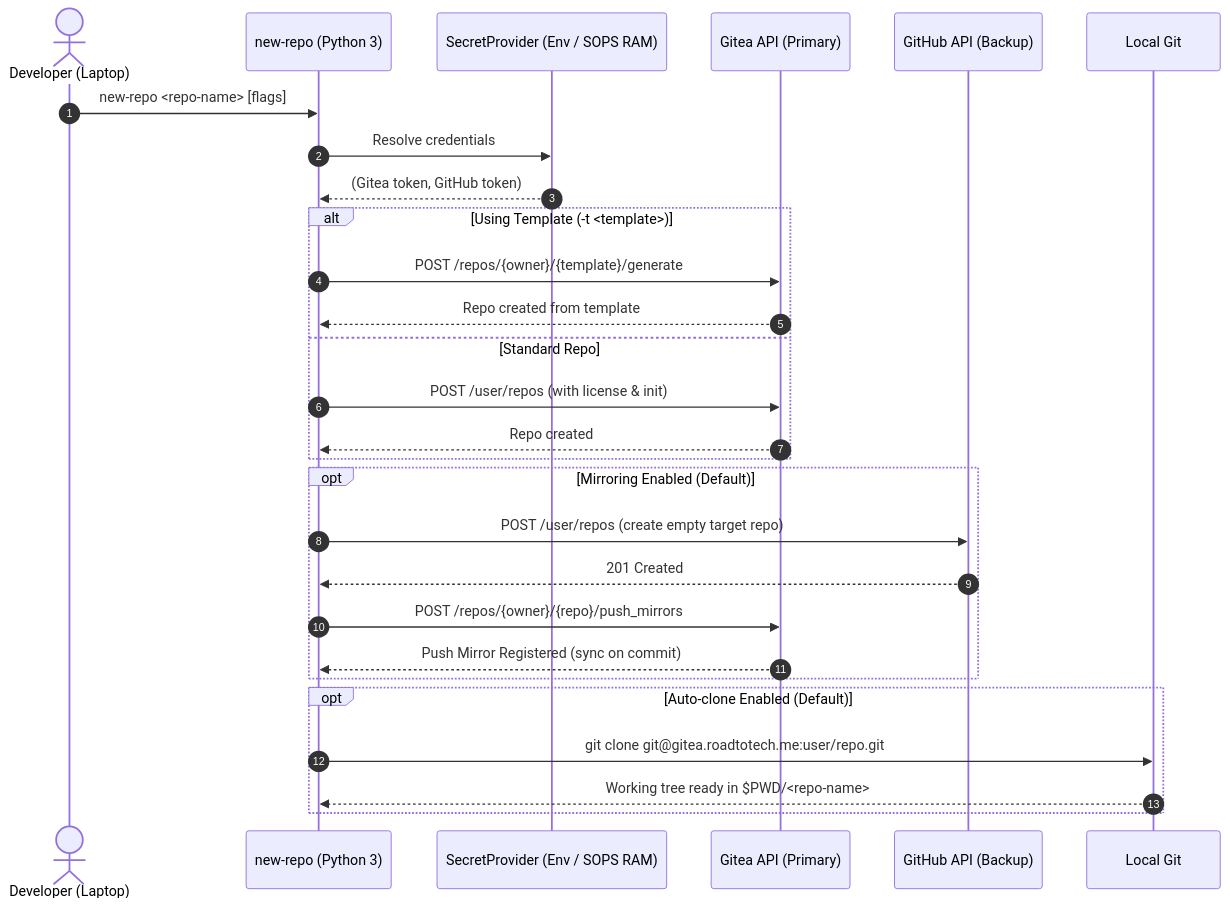
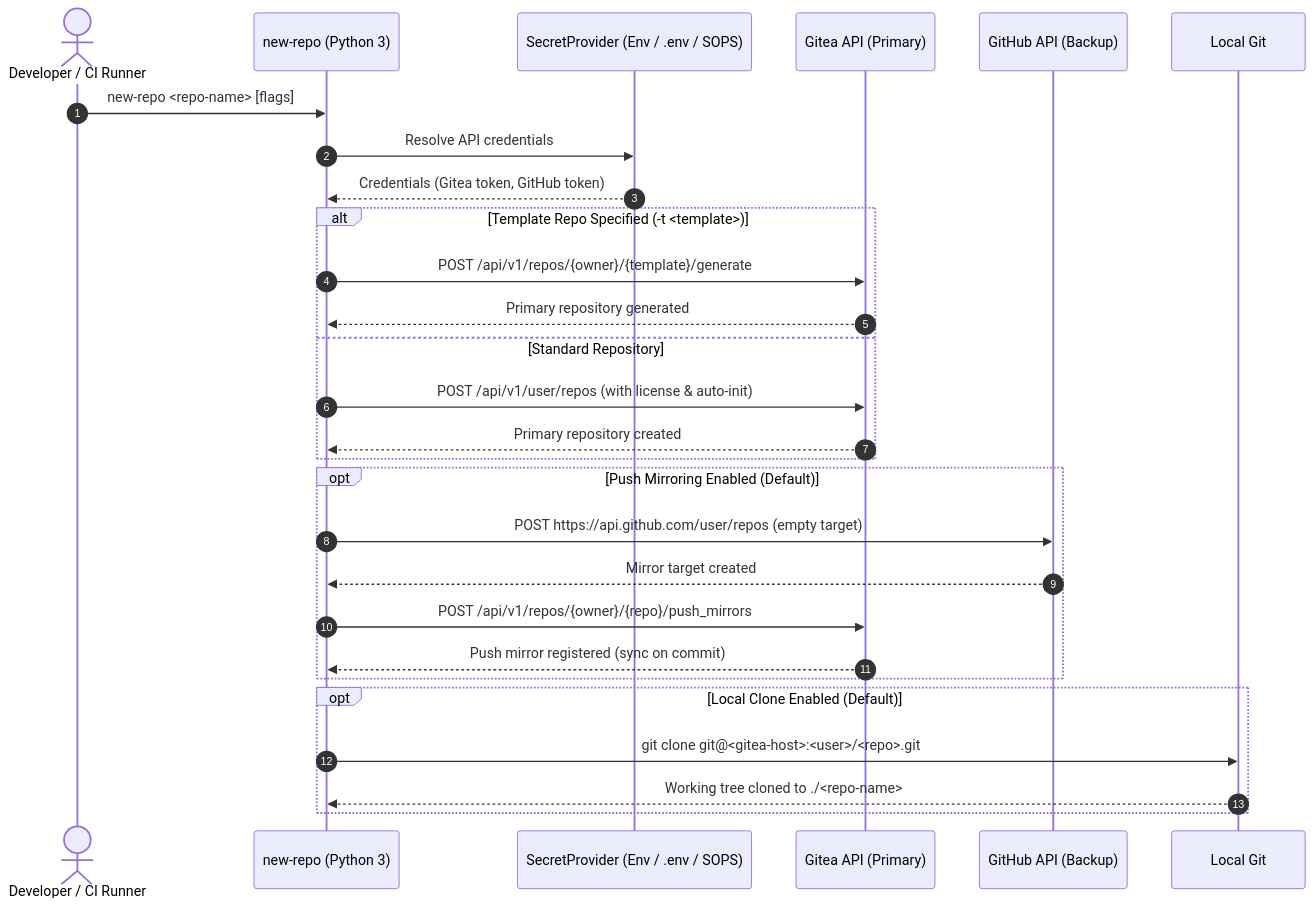
The diagram in README.md (kiskaadee/new-repo), drawn with Mermaid before and after one commit. The commit also changed other lines of this file and 1 other file, not shown here.

````diff
--- a/README.md
+++ b/README.md
@@ -89,34 +108,34 @@
 ```mermaid
 sequenceDiagram
     autonumber
-    actor User as Developer (Laptop)
+    actor User as Developer / CI Runner
     participant CLI as new-repo (Python 3)
-    participant SP as SecretProvider (Env / SOPS RAM)
+    participant SP as SecretProvider (Env / .env / SOPS)
     participant Gitea as Gitea API (Primary)
     participant GitHub as GitHub API (Backup)
     participant Git as Local Git
 
     User->>CLI: new-repo <repo-name> [flags]
-    CLI->>SP: Resolve credentials
-    SP-->>CLI: (Gitea token, GitHub token)
+    CLI->>SP: Resolve API credentials
+    SP-->>CLI: Credentials (Gitea token, GitHub token)
     
-    alt Using Template (-t <template>)
-        CLI->>Gitea: POST /repos/{owner}/{template}/generate
-        Gitea-->>CLI: Repo created from template
-    else Standard Repo
-        CLI->>Gitea: POST /user/repos (with license & init)
-        Gitea-->>CLI: Repo created
+    alt Template Repo Specified (-t <template>)
+        CLI->>Gitea: POST /api/v1/repos/{owner}/{template}/generate
+        Gitea-->>CLI: Primary repository generated
+    else Standard Repository
+        CLI->>Gitea: POST /api/v1/user/repos (with license & auto-init)
+        Gitea-->>CLI: Primary repository created
     end
 
-    opt Mirroring Enabled (Default)
-        CLI->>GitHub: POST /user/repos (create empty target repo)
-        GitHub-->>CLI: 201 Created
-        CLI->>Gitea: POST /repos/{owner}/{repo}/push_mirrors
-        Gitea-->>CLI: Push Mirror Registered (sync on commit)
+    opt Push Mirroring Enabled (Default)
+        CLI->>GitHub: POST https://api.github.com/user/repos (empty target)
+        GitHub-->>CLI: Mirror target created
+        CLI->>Gitea: POST /api/v1/repos/{owner}/{repo}/push_mirrors
+        Gitea-->>CLI: Push mirror registered (sync on commit)
     end
 
-    opt Auto-clone Enabled (Default)
-        CLI->>Git: git clone git@gitea.roadtotech.me:user/repo.git
-        Git-->>CLI: Working tree ready in $PWD/<repo-name>
+    opt Local Clone Enabled (Default)
+        CLI->>Git: git clone git@<gitea-host>:<user>/<repo>.git
+        Git-->>CLI: Working tree cloned to ./<repo-name>
     end
 ```
````
